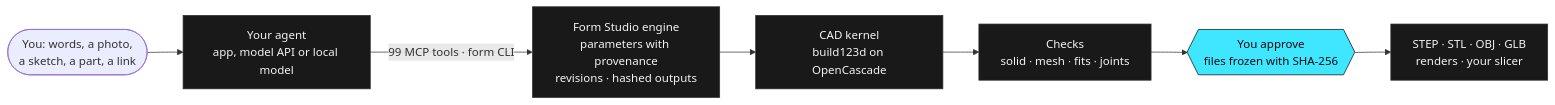
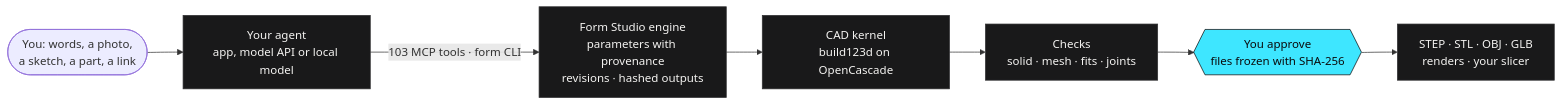
One commit to kaizensx/form-studio changed the diagram in README.md. Above: the diagram before and after it, drawn with Mermaid. The commit also changed other lines of this file and 42 other files, not shown here.

````diff
--- a/README.md
+++ b/README.md
@@ -86,13 +86,13 @@
 ```mermaid
 flowchart LR
   you(["You: words, a photo,<br/>a sketch, a part, a link"]) --> agent["Your agent<br/>app, model API or local model"]
-  agent -- "99 MCP tools · form CLI" --> engine["Form Studio engine<br/>parameters with provenance<br/>revisions · hashed outputs"]
+  agent -- "103 MCP tools · form CLI" --> engine["Form Studio engine<br/>parameters with provenance<br/>revisions · hashed outputs"]
   engine --> kernel["CAD kernel<br/>build123d on OpenCascade"]
   kernel --> checks["Checks<br/>solid · mesh · fits · joints"]
   checks --> release{{"You approve<br/>files frozen with SHA-256"}}
   release --> out["STEP · STL · OBJ · GLB<br/>renders · your slicer"]
   classDef datum fill:#3ee6ff,stroke:#0b0b0c,color:#0b0b0c
   classDef plate fill:#19191a,stroke:#2f2f31,color:#f4f3f1
   class release datum
   class agent,engine,kernel,checks,out plate
 ```
````
